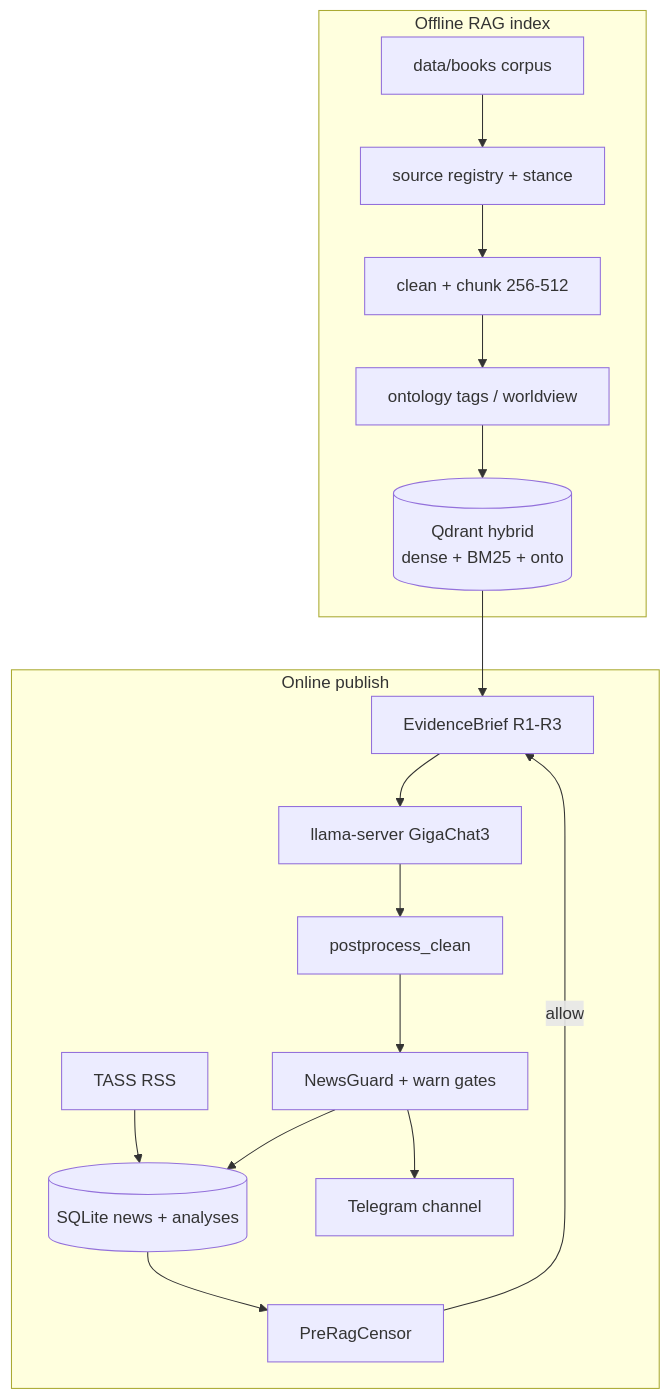
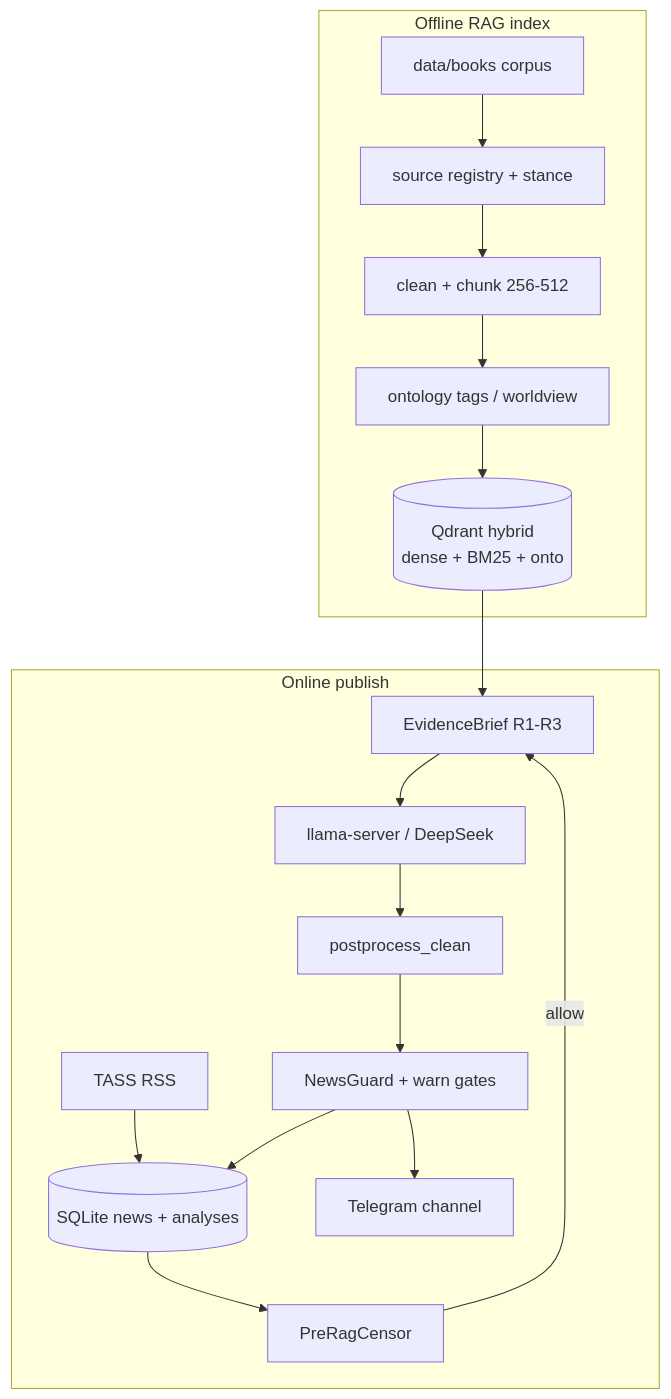
One commit to Nlegion/AI_Lenin changed the first of 3 diagrams in README.md. Above: the diagram before and after it, drawn with Mermaid. The commit also changed other lines of this file and 24 other files, not shown here.

First line of the commit message:
Document the VPS DeepSeek path, TASS RSS headers, and R1-R3 traces.

````diff
--- a/README.md
+++ b/README.md
@@ -36,27 +42,27 @@
 ```mermaid
 flowchart TB
   subgraph offline [Offline RAG index]
     Books["data/books corpus"]
     Registry["source registry + stance"]
     Clean["clean + chunk 256-512"]
     Onto["ontology tags / worldview"]
     Qdrant[("Qdrant hybrid\ndense + BM25 + onto")]
     Books --> Registry --> Clean --> Onto --> Qdrant
   end
 
   subgraph online [Online publish]
     TASS["TASS RSS"]
     DB[("SQLite news + analyses")]
     Censor["PreRagCensor"]
     Brief["EvidenceBrief R1-R3"]
-    LLM["llama-server GigaChat3"]
+    LLM["llama-server / DeepSeek"]
     Post["postprocess_clean"]
     Gates["NewsGuard + warn gates"]
     TG["Telegram channel"]
     TASS --> DB --> Censor
     Censor -->|allow| Brief
     Qdrant --> Brief
     Brief --> LLM --> Post --> Gates --> TG
     Gates --> DB
   end
 ```
````
